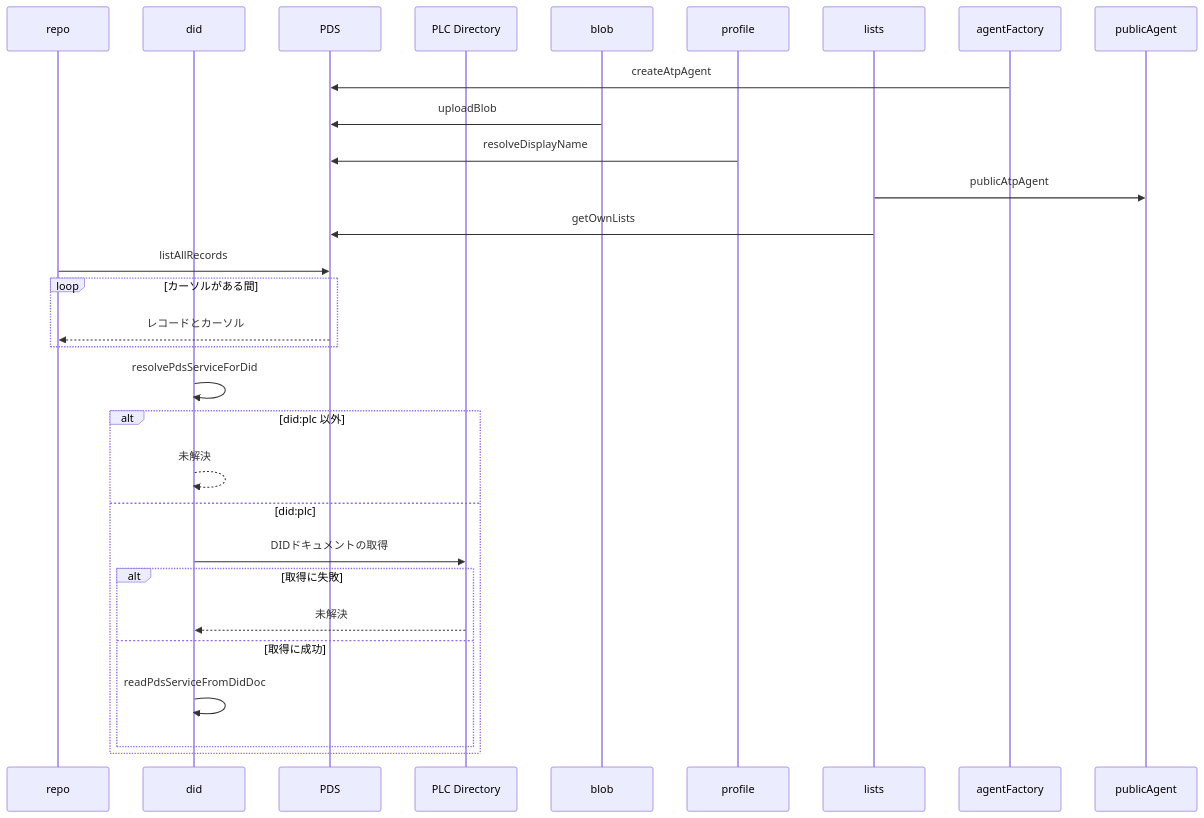
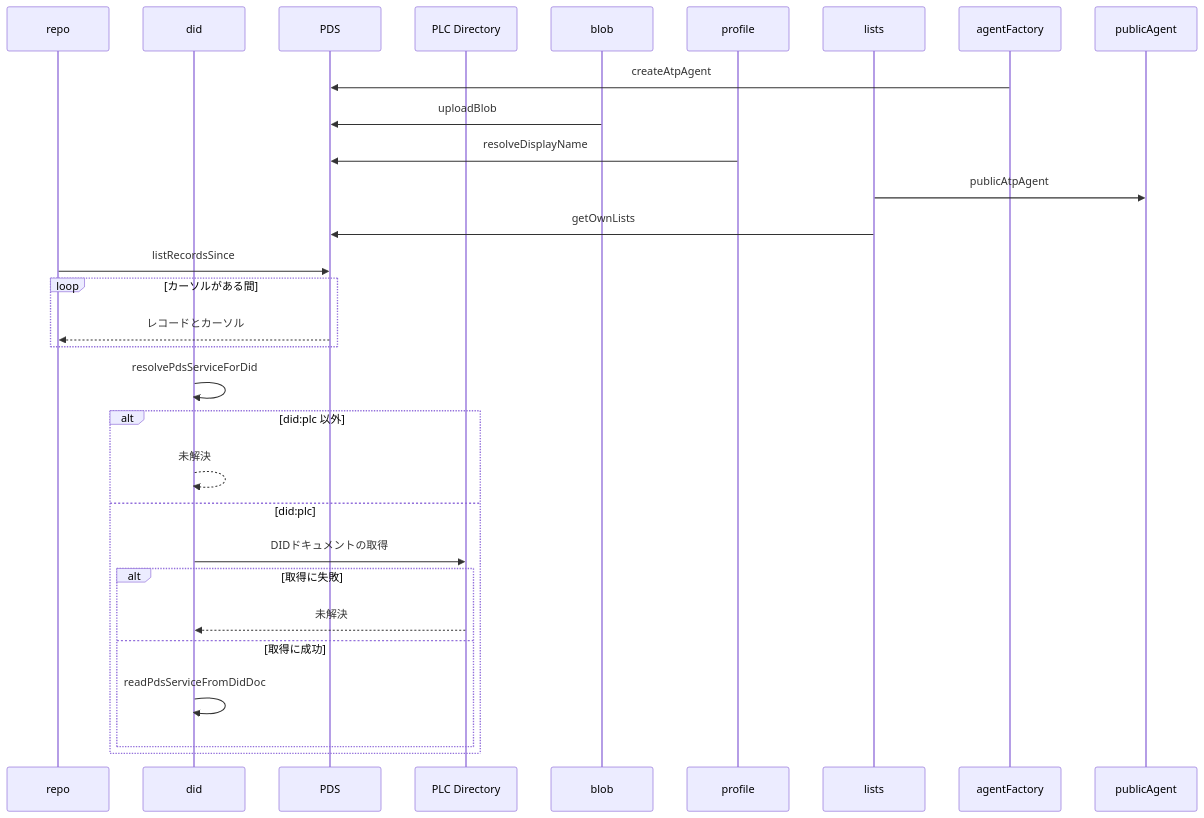
The second of 2 diagrams in specs/atproto-access/design.md (nekono-dev/skyshare), drawn with Mermaid before and after one commit. The commit also changed other lines of this file and 7 other files, not shown here.

First line of the commit message:
developの変更に合わせてspecと図を整合させ、creator関連の記述を除外する

````diff
--- a/specs/atproto-access/design.md
+++ b/specs/atproto-access/design.md
@@ -33,32 +33,32 @@
 ```mermaid
 sequenceDiagram
   participant repo
   participant did
   participant ext_pds as PDS
   participant ext_plc as PLC Directory
   participant blob
   participant profile
   participant lists
   participant agentFactory
   participant publicAgent
   agentFactory->>ext_pds: createAtpAgent
   blob->>ext_pds: uploadBlob
   profile->>ext_pds: resolveDisplayName
   lists->>publicAgent: publicAtpAgent
   lists->>ext_pds: getOwnLists
-  repo->>ext_pds: listAllRecords
+  repo->>ext_pds: listRecordsSince
   loop カーソルがある間
     ext_pds-->>repo: レコードとカーソル
   end
   did->>did: resolvePdsServiceForDid
   alt did:plc 以外
     did-->>did: 未解決
   else did:plc
     did->>ext_plc: DIDドキュメントの取得
     alt 取得に失敗
       ext_plc-->>did: 未解決
     else 取得に成功
       did->>did: readPdsServiceFromDidDoc
     end
   end
 ```
````
